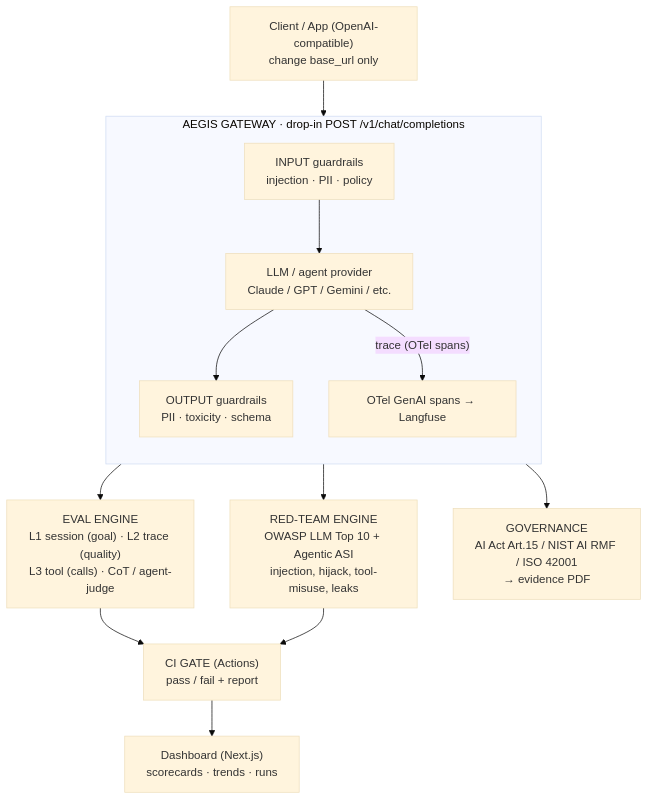
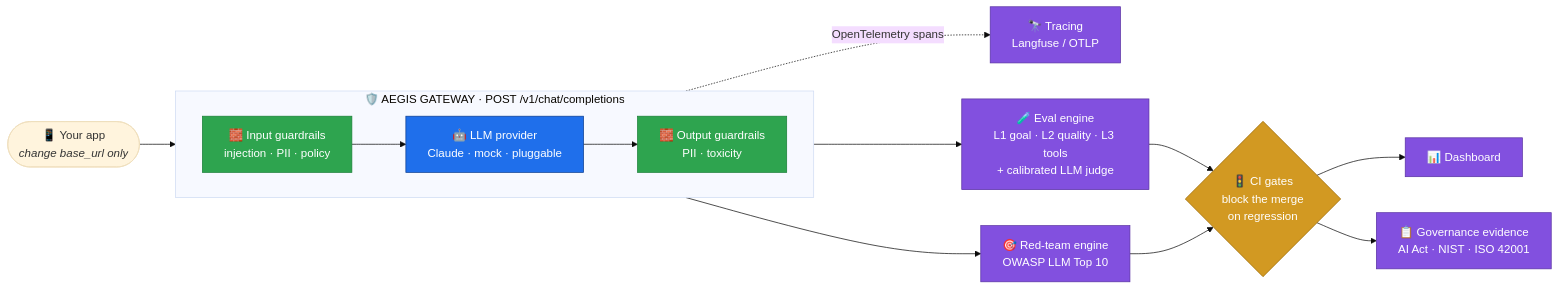
Before and after one commit to marcosmatalab/aegis: the diagram in README.md, drawn with Mermaid (base theme). The commit also changed other lines of this file and 3 other files, not shown here.

````diff
--- a/README.md
+++ b/README.md
@@ -73,31 +104,31 @@
 ```mermaid
-flowchart TD
-    client["Client / App (OpenAI-compatible)<br/>change base_url only"]
+flowchart LR
+    app(["📱 Your app<br/><i>change base_url only</i>"])
 
-    subgraph gateway["AEGIS GATEWAY · drop-in POST /v1/chat/completions"]
-        direction TB
-        guard_in["INPUT guardrails<br/>injection · PII · policy"]
-        provider["LLM / agent provider<br/>Claude / GPT / Gemini / etc."]
-        guard_out["OUTPUT guardrails<br/>PII · toxicity · schema"]
-        otel["OTel GenAI spans → Langfuse"]
-        guard_in --> provider --> guard_out
-        provider -- "trace (OTel spans)" --> otel
+    subgraph gw["🛡️ AEGIS GATEWAY · POST /v1/chat/completions"]
+        direction LR
+        gin["🧱 Input guardrails<br/>injection · PII · policy"]
+        llm["🤖 LLM provider<br/>Claude · mock · pluggable"]
+        gout["🧱 Output guardrails<br/>PII · toxicity"]
+        gin --> llm --> gout
     end
 
-    client --> gateway
+    app --> gw
+    gw -. "OpenTelemetry spans" .-> otel["🔭 Tracing<br/>Langfuse / OTLP"]
 
-    eval["EVAL ENGINE<br/>L1 session (goal) · L2 trace (quality)<br/>L3 tool (calls) · CoT / agent-judge"]
-    redteam["RED-TEAM ENGINE<br/>OWASP LLM Top 10 + Agentic ASI<br/>injection, hijack, tool-misuse, leaks"]
-    governance["GOVERNANCE<br/>AI Act Art.15 / NIST AI RMF / ISO 42001<br/>→ evidence PDF"]
+    gw --> ev["🧪 Eval engine<br/>L1 goal · L2 quality · L3 tools<br/>+ calibrated LLM judge"]
+    gw --> rt["🎯 Red-team engine<br/>OWASP LLM Top 10"]
+    ev --> gate{"🚦 CI gates<br/>block the merge<br/>on regression"}
+    rt --> gate
+    gate --> dash["📊 Dashboard"]
+    gate --> gov["📋 Governance evidence<br/>AI Act · NIST · ISO 42001"]
 
-    gateway --> eval
-    gateway --> redteam
-    gateway --> governance
-
-    gate["CI GATE (Actions)<br/>pass / fail + report"]
-    dashboard["Dashboard (Next.js)<br/>scorecards · trends · runs"]
-
-    eval --> gate
-    redteam --> gate
-    gate --> dashboard
+    classDef core fill:#1f6feb,stroke:#0b3d91,color:#fff
+    classDef guard fill:#2ea44f,stroke:#1a7f37,color:#fff
+    classDef gate fill:#d29922,stroke:#9a6700,color:#fff
+    classDef out fill:#8250df,stroke:#5a32a3,color:#fff
+    class llm core
+    class gin,gout guard
+    class gate gate
+    class ev,rt,dash,gov,otel out
 ```
````
